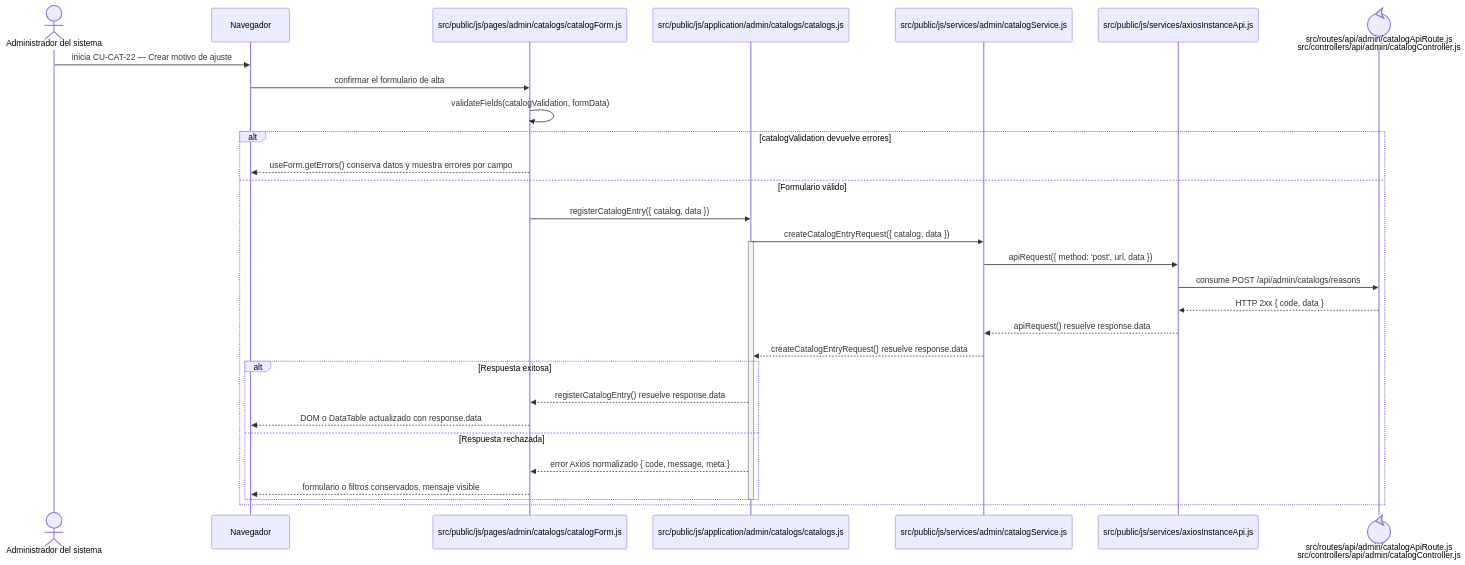
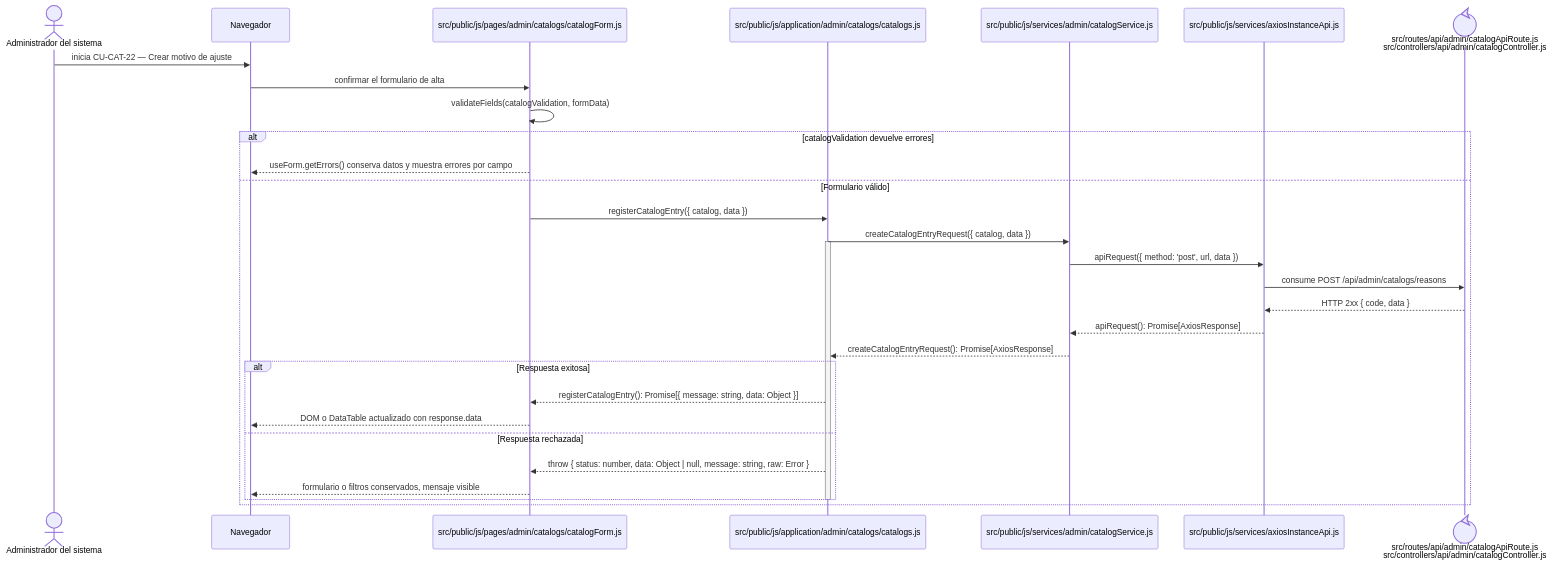
One commit to gpgsistemas01/nexus changed the diagram in docs/architecture/frontend-code-sequences/catalogs/cu-cat-22.md. Above: the diagram before and after it, drawn with Mermaid. The commit also changed 146 other files, not shown here.

````diff
--- a/docs/architecture/frontend-code-sequences/catalogs/cu-cat-22.md
+++ b/docs/architecture/frontend-code-sequences/catalogs/cu-cat-22.md
@@ -6,34 +6,34 @@
 ```mermaid
 sequenceDiagram
     actor Initiator as Administrador del sistema
     participant Browser as Navegador
     participant View as src/public/js/pages/admin/catalogs/catalogForm.js
     participant Application as src/public/js/application/admin/catalogs/catalogs.js
     participant Request as src/public/js/services/admin/catalogService.js
     participant HTTP as src/public/js/services/axiosInstanceApi.js
     participant Transport@{ "type": "control" } as src/routes/api/admin/catalogApiRoute.js<br/>src/controllers/api/admin/catalogController.js
 
     Initiator->>Browser: inicia CU-CAT-22 — Crear motivo de ajuste
     Browser->>View: confirmar el formulario de alta
     View->>View: validateFields(catalogValidation, formData)
     alt catalogValidation devuelve errores
         View-->>Browser: useForm.getErrors() conserva datos y muestra errores por campo
     else Formulario válido
         View->>Application: registerCatalogEntry({ catalog, data })
         Application->>Request: createCatalogEntryRequest({ catalog, data })
         activate Application
         Request->>HTTP: apiRequest({ method: 'post', url, data })
         HTTP->>Transport: consume POST /api/admin/catalogs/reasons
         Transport-->>HTTP: HTTP 2xx { code, data }
-        HTTP-->>Request: apiRequest() resuelve response.data
-        Request-->>Application: createCatalogEntryRequest() resuelve response.data
+        HTTP-->>Request: apiRequest(): Promise[AxiosResponse]
+        Request-->>Application: createCatalogEntryRequest(): Promise[AxiosResponse]
         alt Respuesta exitosa
-            Application-->>View: registerCatalogEntry() resuelve response.data
+            Application-->>View: registerCatalogEntry(): Promise[{ message: string, data: Object }]
             View-->>Browser: DOM o DataTable actualizado con response.data
         else Respuesta rechazada
-            Application-->>View: error Axios normalizado { code, message, meta }
+            Application-->>View: throw { status: number, data: Object | null, message: string, raw: Error }
             View-->>Browser: formulario o filtros conservados, mensaje visible
         end
         deactivate Application
     end
 ```
````
